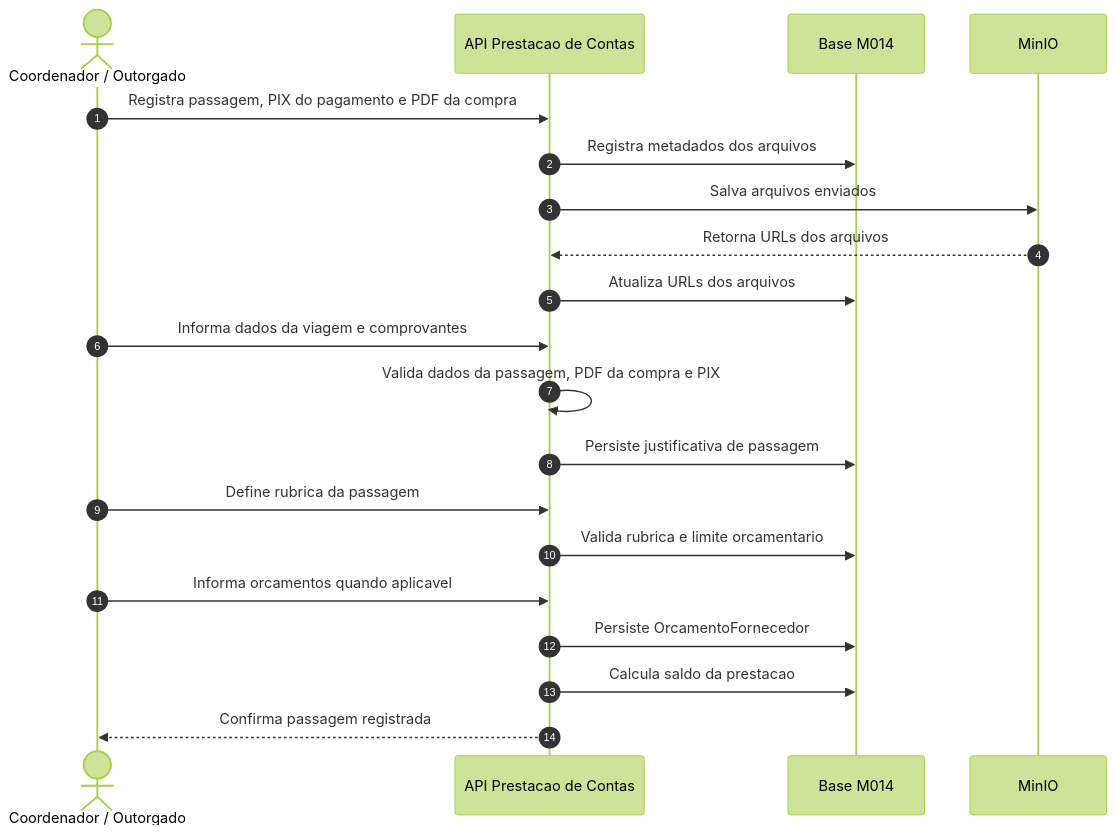
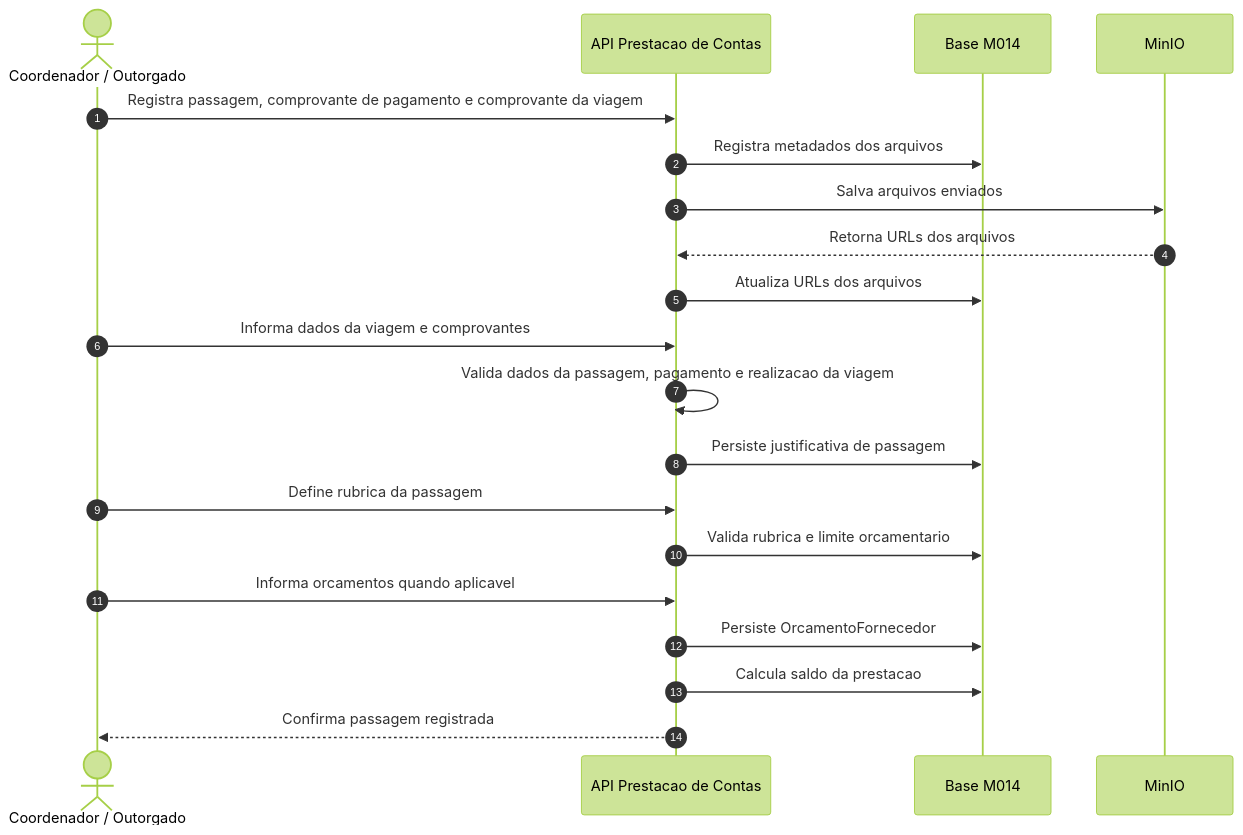
One commit to Czzped/conecta-fapes-teste changed the ninth of 11 diagrams in docs/implementation/modules/M014-prestacao-contas/processo.md. Above: the diagram before and after it, drawn with Mermaid (forest theme). The commit also changed other lines of this file and 42 other files, not shown here.

````diff
--- a/docs/implementation/modules/M014-prestacao-contas/processo.md
+++ b/docs/implementation/modules/M014-prestacao-contas/processo.md
@@ -329,23 +338,23 @@
 ```mermaid
 sequenceDiagram
     autonumber
     actor Coord as Coordenador / Outorgado
     participant API as API Prestacao de Contas
     participant DB as Base M014
     participant MinIO as MinIO
 
-    Coord->>API: Registra passagem, PIX do pagamento e PDF da compra
+    Coord->>API: Registra passagem, comprovante de pagamento e comprovante da viagem
     API->>DB: Registra metadados dos arquivos
     API->>MinIO: Salva arquivos enviados
     MinIO-->>API: Retorna URLs dos arquivos
     API->>DB: Atualiza URLs dos arquivos
     Coord->>API: Informa dados da viagem e comprovantes
-    API->>API: Valida dados da passagem, PDF da compra e PIX
+    API->>API: Valida dados da passagem, pagamento e realizacao da viagem
     API->>DB: Persiste justificativa de passagem
     Coord->>API: Define rubrica da passagem
     API->>DB: Valida rubrica e limite orcamentario
     Coord->>API: Informa orcamentos quando aplicavel
     API->>DB: Persiste OrcamentoFornecedor
     API->>DB: Calcula saldo da prestacao
     API-->>Coord: Confirma passagem registrada
 ```
````
